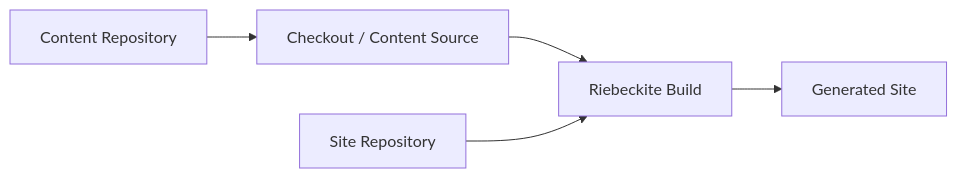
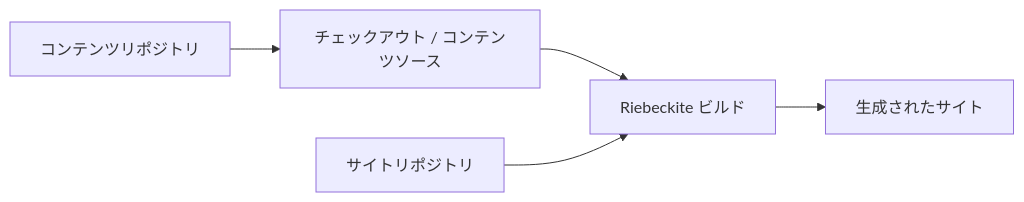
One commit to Rerurate514/riebeckite changed diagram 12 of 13 in docs/docs/framework/content-system.ja.md. Above: the diagram before and after it, drawn with Mermaid. The commit also changed other lines of this file and 310 other files, not shown here.

````diff
--- a/docs/docs/framework/content-system.ja.md
+++ b/docs/docs/framework/content-system.ja.md
@@ -486,13 +428,13 @@
 ```mermaid id="48opm6"
 flowchart LR
-    ContentRepo["Content Repository"]
-    Checkout["Checkout / Content Source"]
-    SiteRepo["Site Repository"]
-    Build["Riebeckite Build"]
-    Site["Generated Site"]
+    ContentRepo["コンテンツリポジトリ"]
+    Checkout["チェックアウト / コンテンツソース"]
+    SiteRepo["サイトリポジトリ"]
+    Build["Riebeckite ビルド"]
+    Site["生成されたサイト"]
 
     ContentRepo --> Checkout
     Checkout --> Build
     SiteRepo --> Build
     Build --> Site
 ```
````
